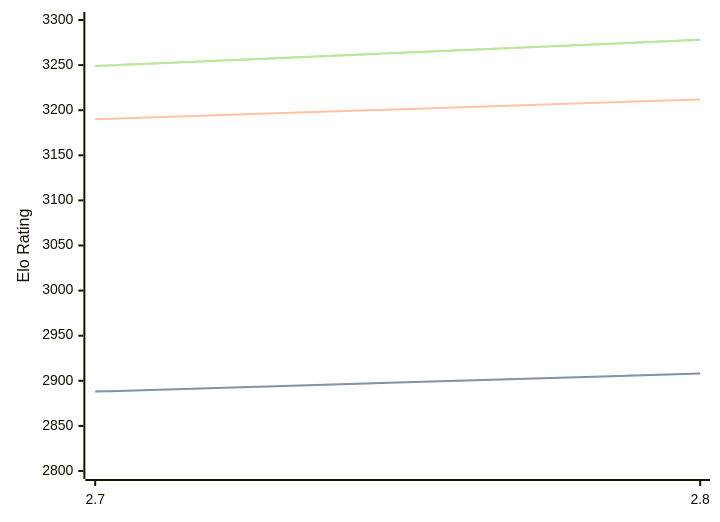
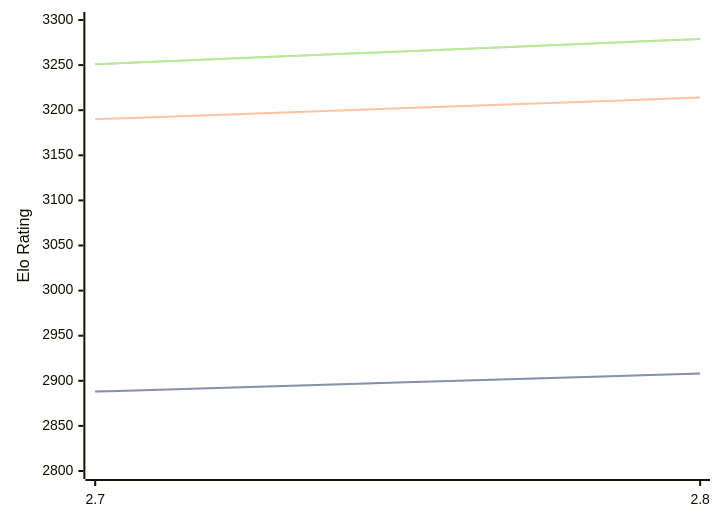
Before and after one commit to computer-chess-index/cci: the diagram in engines/Arcanum.md, drawn with Mermaid. The commit also changed other lines of this file, not shown here.

Commit message:
Update CCI Ratings (ELO VLTC) - 2026-08-05

````diff
--- a/engines/Arcanum.md
+++ b/engines/Arcanum.md
@@ -44,11 +44,11 @@
 ```mermaid
 %%{init: {"theme":"base","themeVariables":{"seriesColors:['#a3a3a3','#222221','#faa371']}}}%%
 xychart-beta
   x-axis ["2.7", "2.8"]
   y-axis "Elo Rating" 2800 --> 3300
   line "STC (8.0+0.08s)" [2888, 2908]
   line "STC (8.0+0.08s)" [2888, 2908]
-  line "LTC (60.0+0.60s)" [3190, 3212]
-  line "VLTC (2m24s+1.12s)" [3249, 3278]
-  line "VLTC (2m24s+1.12s)" [3249, 3278]
+  line "LTC (60.0+0.60s)" [3190, 3214]
+  line "VLTC (2m24s+1.12s)" [3251, 3279]
+  line "VLTC (2m24s+1.12s)" [3251, 3279]
 ```
````
